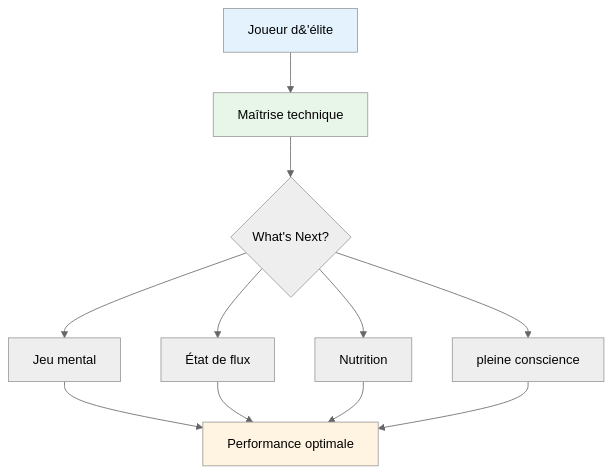
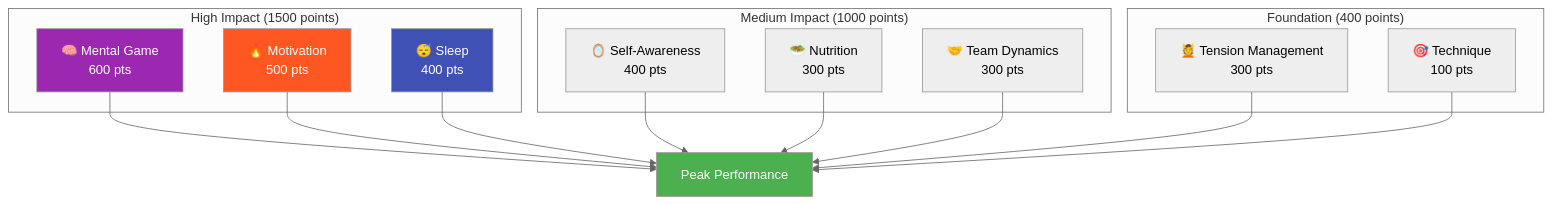
One commit to patwii/petanque-academy changed the diagram in docs/fr/ambition.md. Above: the diagram before and after it, drawn with Mermaid (neutral theme). The commit also changed other lines of this file and 1093 other files, not shown here.

````diff
--- a/docs/fr/ambition.md
+++ b/docs/fr/ambition.md
@@ -36,19 +13,33 @@
 ```mermaid
 graph TD
-    A[Joueur d&#39;élite] --> B[Maîtrise technique]
-    B --> C{What's Next?}
+    subgraph "High Impact (1500 points)"
+        A[🧠 Mental Game<br/>600 pts]
+        B[🔥 Motivation<br/>500 pts]
+        C[😴 Sleep<br/>400 pts]
+    end
 
-    C --> D[Jeu mental]
-    C --> E[État de flux]
-    C --> F[Nutrition]
-    C --> G[pleine conscience]
+    subgraph "Medium Impact (1000 points)"
+        D[🪞 Self-Awareness<br/>400 pts]
+        E[🥗 Nutrition<br/>300 pts]
+        F[🤝 Team Dynamics<br/>300 pts]
+    end
 
-    D --> H[Performance optimale]
-    E --> H
-    F --> H
-    G --> H
+    subgraph "Foundation (400 points)"
+        G[💆 Tension Management<br/>300 pts]
+        H[🎯 Technique<br/>100 pts]
+    end
 
-    style A fill:#e3f2fd
-    style B fill:#e8f5e9
-    style H fill:#fff4e1
+    A --> I[Peak Performance]
+    B --> I
+    C --> I
+    D --> I
+    E --> I
+    F --> I
+    G --> I
+    H --> I
+
+    style A fill:#9C27B0,color:#fff
+    style B fill:#FF5722,color:#fff
+    style C fill:#3F51B5,color:#fff
+    style I fill:#4CAF50,color:#fff
 ```
````
